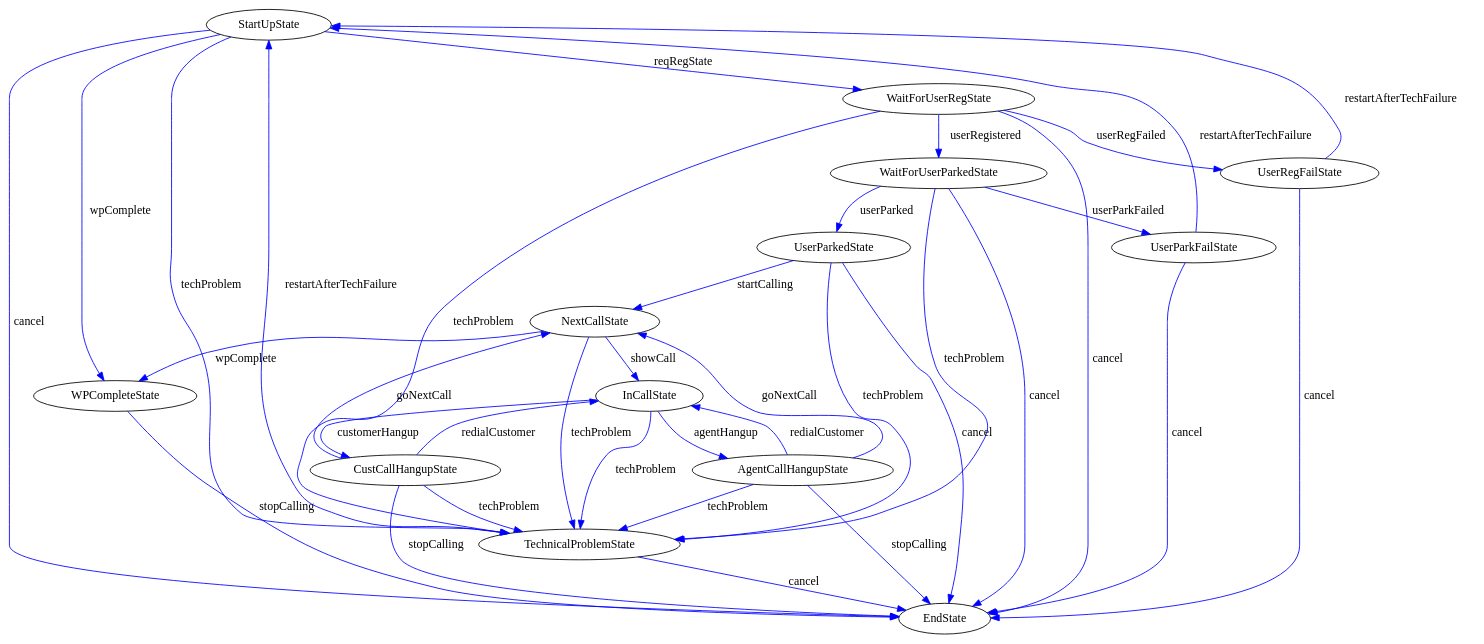
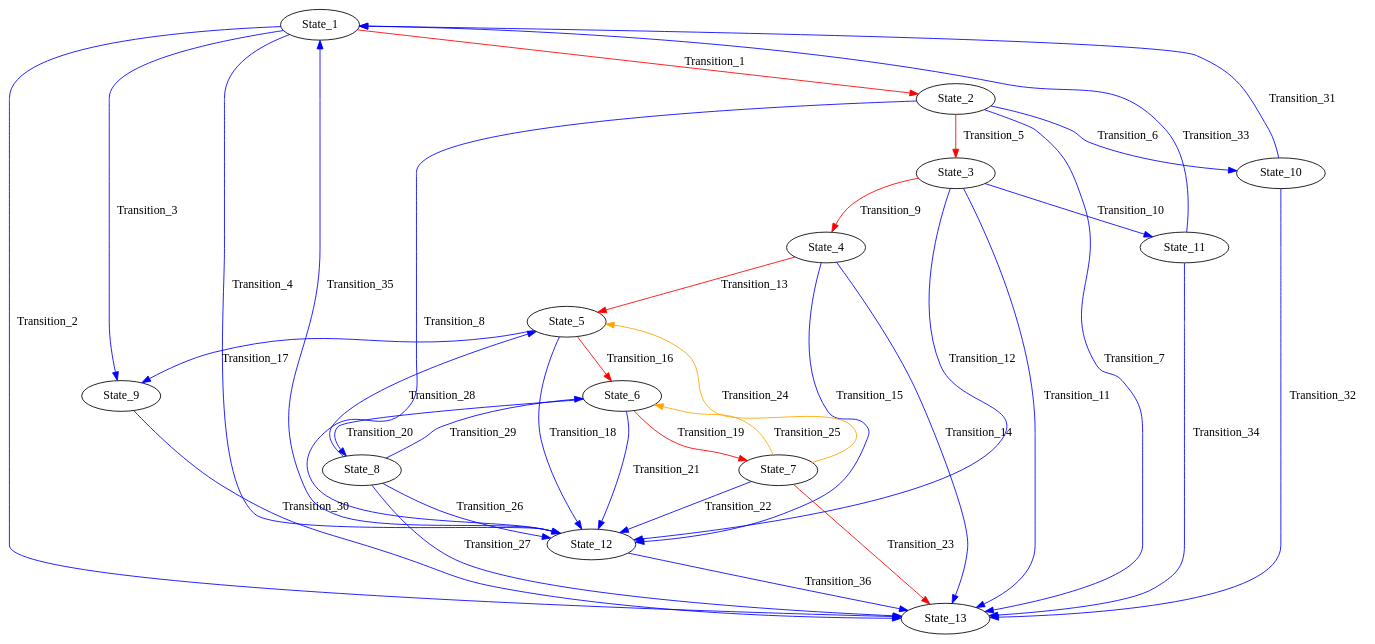
Before and after one commit to djsharman/statejs: the diagram in examples/_defs/diagrams/PwrCall.dot, drawn with Graphviz. The commit also changed 6 other files, not shown here.

Commit message:
Enable adding colours to output state chart

```diff
--- a/examples/_defs/diagrams/PwrCall.dot
+++ b/examples/_defs/diagrams/PwrCall.dot
@@ -1,38 +1,38 @@
 digraph PwrCall { 
-"StartUpState" -> "WaitForUserRegState" [ color=blue, label = "reqRegState"];
-"StartUpState" -> "EndState" [ color=blue, label = "cancel"];
-"StartUpState" -> "WPCompleteState" [ color=blue, label = "wpComplete"];
-"StartUpState" -> "TechnicalProblemState" [ color=blue, label = "techProblem"];
-"WaitForUserRegState" -> "WaitForUserParkedState" [ color=blue, label = "userRegistered"];
-"WaitForUserRegState" -> "UserRegFailState" [ color=blue, label = "userRegFailed"];
-"WaitForUserRegState" -> "EndState" [ color=blue, label = "cancel"];
-"WaitForUserRegState" -> "TechnicalProblemState" [ color=blue, label = "techProblem"];
-"WaitForUserParkedState" -> "UserParkedState" [ color=blue, label = "userParked"];
-"WaitForUserParkedState" -> "UserParkFailState" [ color=blue, label = "userParkFailed"];
-"WaitForUserParkedState" -> "EndState" [ color=blue, label = "cancel"];
-"WaitForUserParkedState" -> "TechnicalProblemState" [ color=blue, label = "techProblem"];
-"UserParkedState" -> "NextCallState" [ color=blue, label = "startCalling"];
-"UserParkedState" -> "EndState" [ color=blue, label = "cancel"];
-"UserParkedState" -> "TechnicalProblemState" [ color=blue, label = "techProblem"];
-"NextCallState" -> "InCallState" [ color=blue, label = "showCall"];
-"NextCallState" -> "WPCompleteState" [ color=blue, label = "wpComplete"];
-"NextCallState" -> "TechnicalProblemState" [ color=blue, label = "techProblem"];
-"InCallState" -> "AgentCallHangupState" [ color=blue, label = "agentHangup"];
-"InCallState" -> "CustCallHangupState" [ color=blue, label = "customerHangup"];
-"InCallState" -> "TechnicalProblemState" [ color=blue, label = "techProblem"];
-"AgentCallHangupState" -> "TechnicalProblemState" [ color=blue, label = "techProblem"];
-"AgentCallHangupState" -> "EndState" [ color=blue, label = "stopCalling"];
-"AgentCallHangupState" -> "NextCallState" [ color=blue, label = "goNextCall"];
-"AgentCallHangupState" -> "InCallState" [ color=blue, label = "redialCustomer"];
-"CustCallHangupState" -> "TechnicalProblemState" [ color=blue, label = "techProblem"];
-"CustCallHangupState" -> "EndState" [ color=blue, label = "stopCalling"];
-"CustCallHangupState" -> "NextCallState" [ color=blue, label = "goNextCall"];
-"CustCallHangupState" -> "InCallState" [ color=blue, label = "redialCustomer"];
-"WPCompleteState" -> "EndState" [ color=blue, label = "stopCalling"];
-"UserRegFailState" -> "StartUpState" [ color=blue, label = "restartAfterTechFailure"];
-"UserRegFailState" -> "EndState" [ color=blue, label = "cancel"];
-"UserParkFailState" -> "StartUpState" [ color=blue, label = "restartAfterTechFailure"];
-"UserParkFailState" -> "EndState" [ color=blue, label = "cancel"];
-"TechnicalProblemState" -> "StartUpState" [ color=blue, label = "restartAfterTechFailure"];
-"TechnicalProblemState" -> "EndState" [ color=blue, label = "cancel"];
+"State_1" -> "State_2" [ color=red, label = "Transition_1"];
+"State_1" -> "State_13" [ color=blue, label = "Transition_2"];
+"State_1" -> "State_9" [ color=blue, label = "Transition_3"];
+"State_1" -> "State_12" [ color=blue, label = "Transition_4"];
+"State_2" -> "State_3" [ color=red, label = "Transition_5"];
+"State_2" -> "State_10" [ color=blue, label = "Transition_6"];
+"State_2" -> "State_13" [ color=blue, label = "Transition_7"];
+"State_2" -> "State_12" [ color=blue, label = "Transition_8"];
+"State_3" -> "State_4" [ color=red, label = "Transition_9"];
+"State_3" -> "State_11" [ color=blue, label = "Transition_10"];
+"State_3" -> "State_13" [ color=blue, label = "Transition_11"];
+"State_3" -> "State_12" [ color=blue, label = "Transition_12"];
+"State_4" -> "State_5" [ color=red, label = "Transition_13"];
+"State_4" -> "State_13" [ color=blue, label = "Transition_14"];
+"State_4" -> "State_12" [ color=blue, label = "Transition_15"];
+"State_5" -> "State_6" [ color=red, label = "Transition_16"];
+"State_5" -> "State_9" [ color=blue, label = "Transition_17"];
+"State_5" -> "State_12" [ color=blue, label = "Transition_18"];
+"State_6" -> "State_7" [ color=red, label = "Transition_19"];
+"State_6" -> "State_8" [ color=blue, label = "Transition_20"];
+"State_6" -> "State_12" [ color=blue, label = "Transition_21"];
+"State_7" -> "State_12" [ color=blue, label = "Transition_22"];
+"State_7" -> "State_13" [ color=red, label = "Transition_23"];
+"State_7" -> "State_5" [ color=orange, label = "Transition_24"];
+"State_7" -> "State_6" [ color=orange, label = "Transition_25"];
+"State_8" -> "State_12" [ color=blue, label = "Transition_26"];
+"State_8" -> "State_13" [ color=blue, label = "Transition_27"];
+"State_8" -> "State_5" [ color=blue, label = "Transition_28"];
+"State_8" -> "State_6" [ color=blue, label = "Transition_29"];
+"State_9" -> "State_13" [ color=blue, label = "Transition_30"];
+"State_10" -> "State_1" [ color=blue, label = "Transition_31"];
+"State_10" -> "State_13" [ color=blue, label = "Transition_32"];
+"State_11" -> "State_1" [ color=blue, label = "Transition_33"];
+"State_11" -> "State_13" [ color=blue, label = "Transition_34"];
+"State_12" -> "State_1" [ color=blue, label = "Transition_35"];
+"State_12" -> "State_13" [ color=blue, label = "Transition_36"];
 }
```
